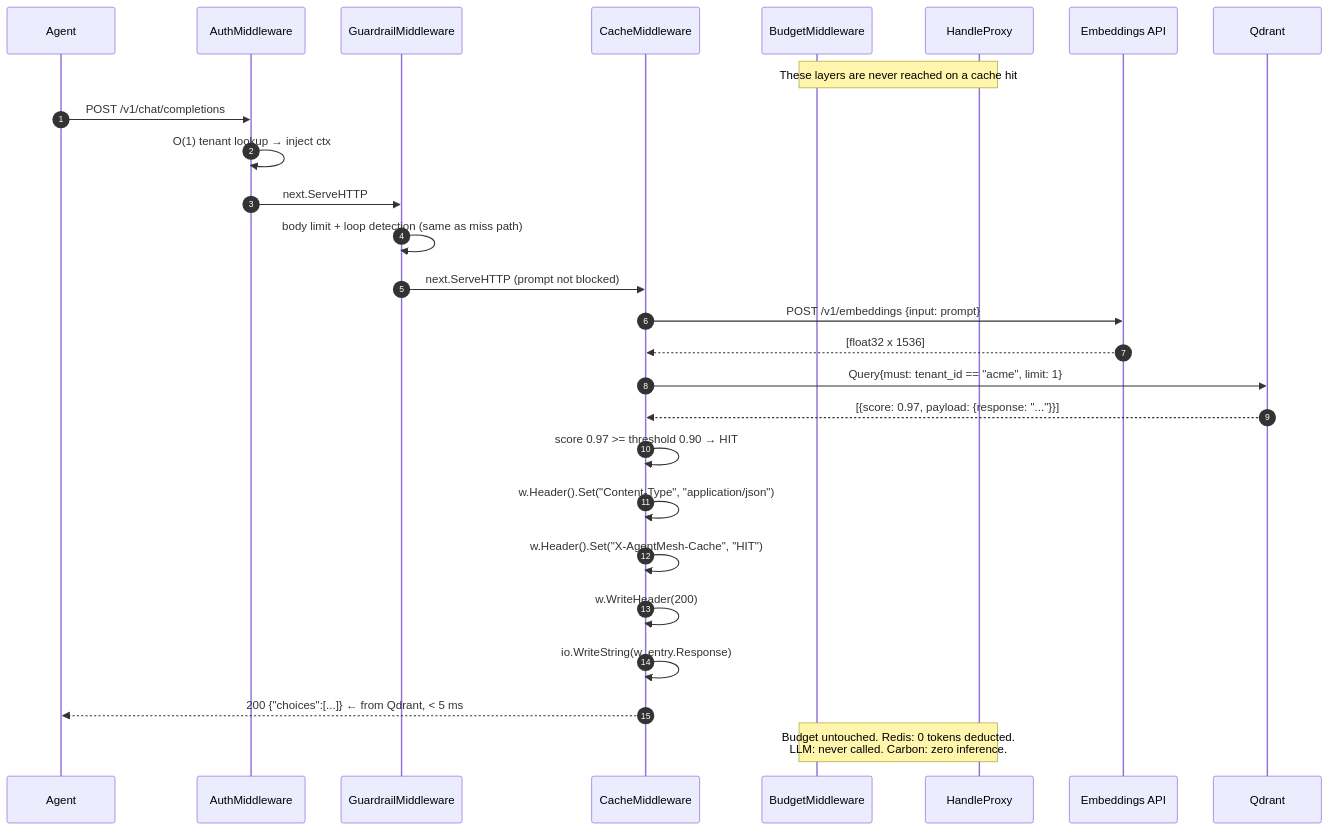
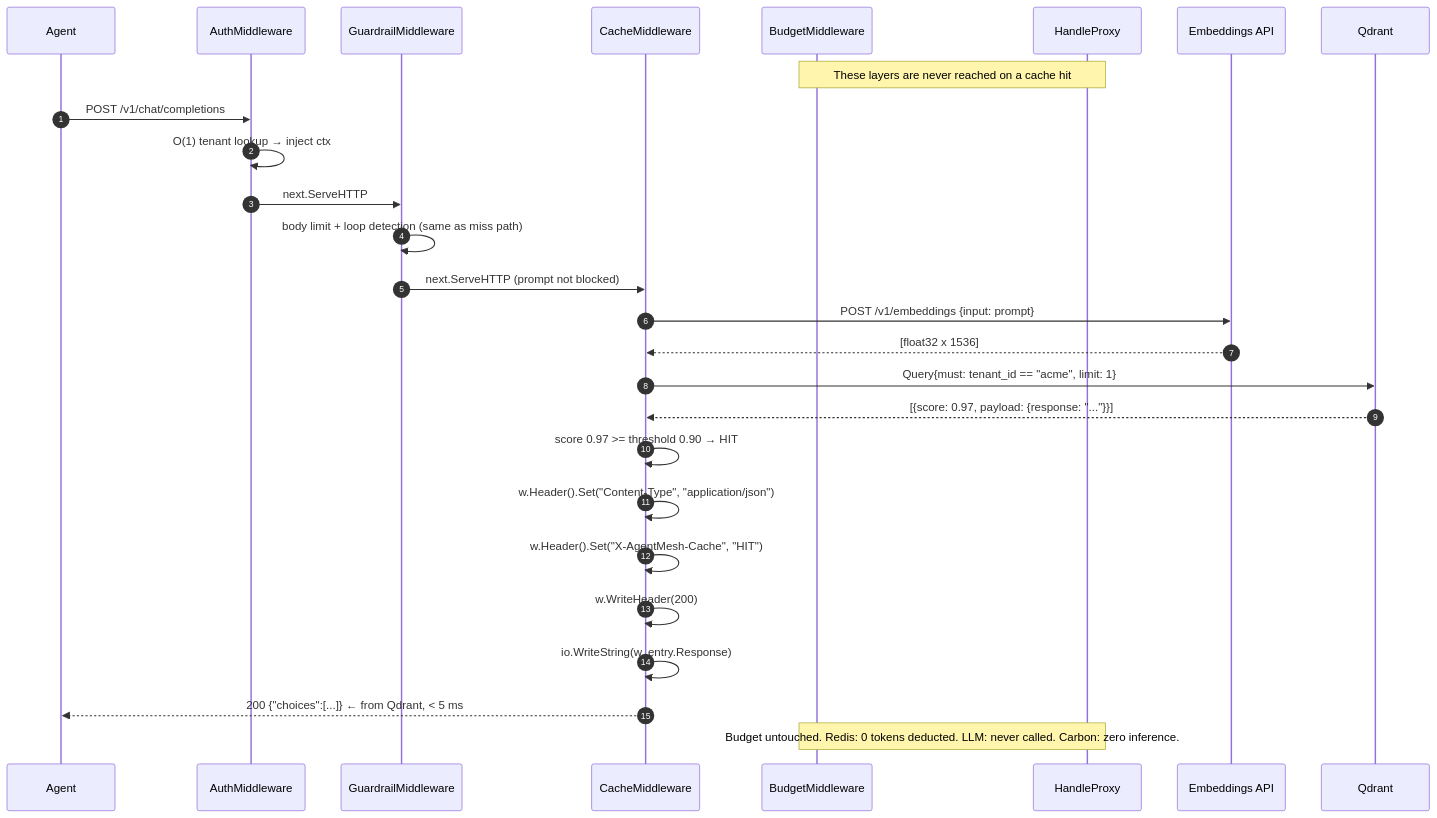
Before and after one commit to vigneshvn1995/agentmesh: the fourth of 17 diagrams in docs/architecture.md, drawn with Mermaid. The commit also changed other lines of this file, not shown here.

Commit message:
fix: quote all mermaid node labels and use self-closing br/ to fix parse errors

````diff
--- a/docs/architecture.md
+++ b/docs/architecture.md
@@ -220,36 +220,36 @@
 ```mermaid
 sequenceDiagram
     autonumber
     participant Agent
     participant Auth as AuthMiddleware
     participant GRD as GuardrailMiddleware
     participant CACHE as CacheMiddleware
     participant BUDGET as BudgetMiddleware
     participant PROXY as HandleProxy
     participant EMBED as Embeddings API
     participant QDRANT as Qdrant
 
     note over BUDGET,PROXY: These layers are never reached on a cache hit
 
     Agent->>Auth: POST /v1/chat/completions
     Auth->>Auth: O(1) tenant lookup → inject ctx
     Auth->>GRD: next.ServeHTTP
 
     GRD->>GRD: body limit + loop detection (same as miss path)
     GRD->>CACHE: next.ServeHTTP (prompt not blocked)
 
     CACHE->>EMBED: POST /v1/embeddings {input: prompt}
     EMBED-->>CACHE: [float32 x 1536]
 
     CACHE->>QDRANT: Query{must: tenant_id == "acme", limit: 1}
     QDRANT-->>CACHE: [{score: 0.97, payload: {response: "..."}}]
 
     CACHE->>CACHE: score 0.97 >= threshold 0.90 → HIT
     CACHE->>CACHE: w.Header().Set("Content-Type", "application/json")
     CACHE->>CACHE: w.Header().Set("X-AgentMesh-Cache", "HIT")
     CACHE->>CACHE: w.WriteHeader(200)
     CACHE->>CACHE: io.WriteString(w, entry.Response)
     CACHE-->>Agent: 200 {"choices":[...]} ← from Qdrant, < 5 ms
 
-    note over BUDGET,PROXY: Budget untouched. Redis: 0 tokens deducted.<br>LLM: never called. Carbon: zero inference.
+    note over BUDGET,PROXY: Budget untouched. Redis: 0 tokens deducted. LLM: never called. Carbon: zero inference.
 ```
````
